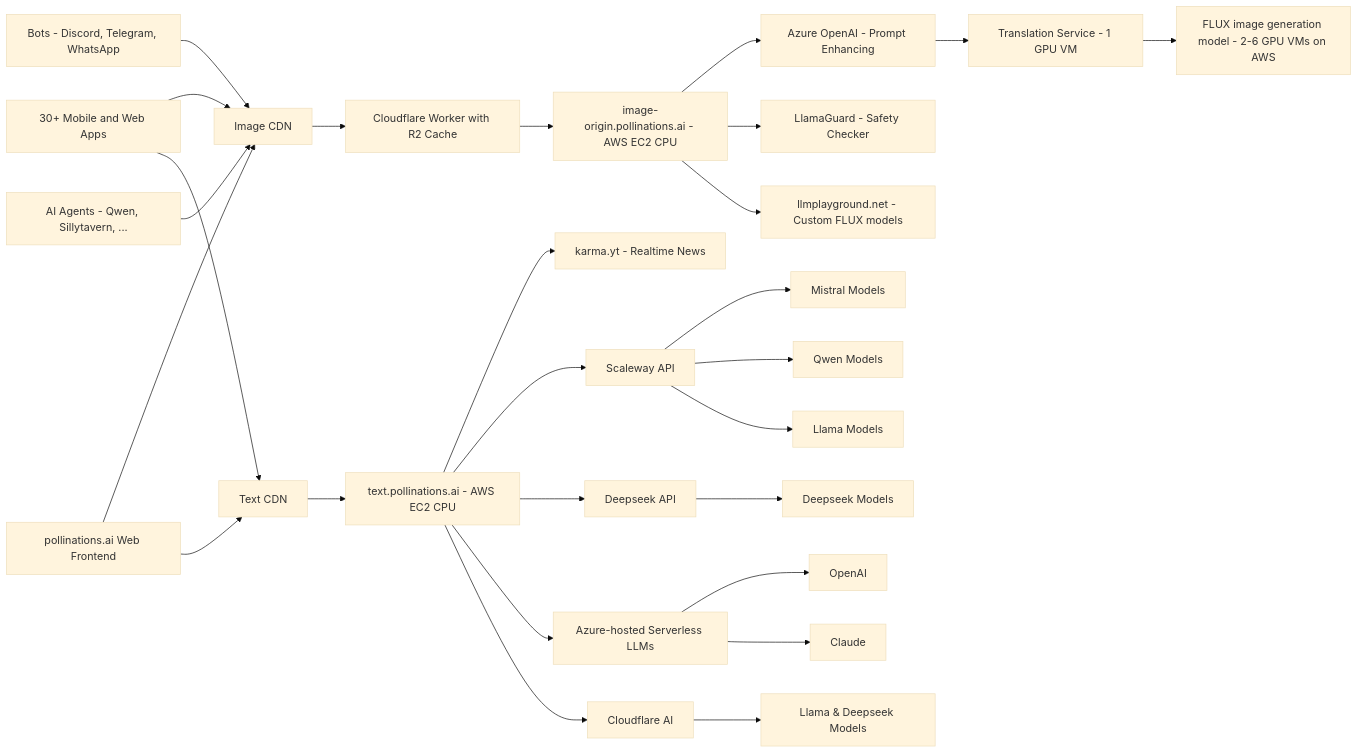
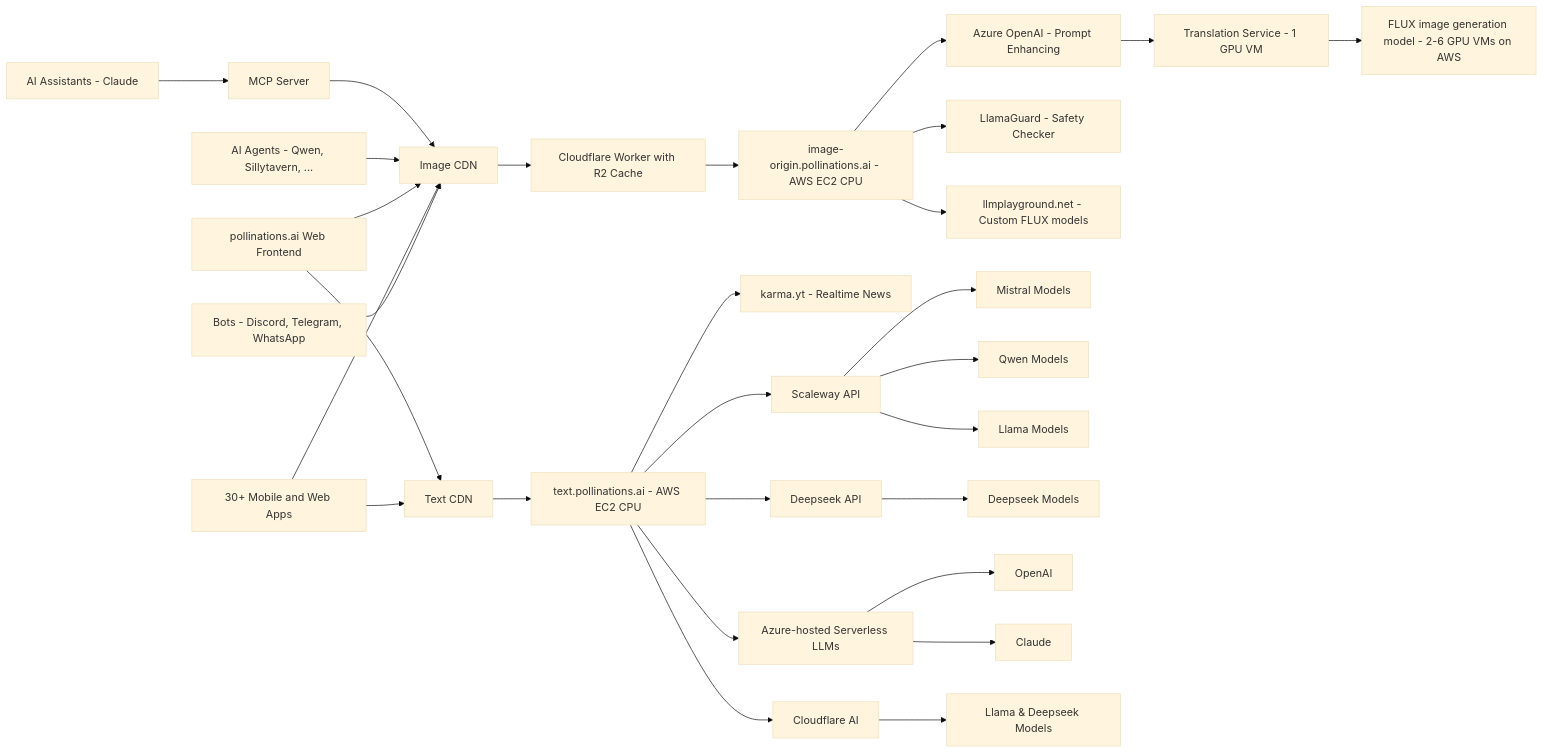
Before and after one commit to pollinations/pollinations: the diagram in README.md, drawn with Mermaid (base theme). The commit also changed other lines of this file and 5 other files, not shown here.

Commit message:
Add MCP server documentation and NPX support

````diff
--- a/README.md
+++ b/README.md
@@ -141,36 +151,39 @@
 ```mermaid
 graph LR
     Q[Bots - Discord, Telegram, WhatsApp] --> L1
     
     N[30+ Mobile and Web Apps] --> L1
     N --> L2
     
     A[pollinations.ai Web Frontend] --> L1
     A --> L2
     
     R[AI Agents - Qwen, Sillytavern, ...] --> L1
+    
+    AI[AI Assistants - Claude] --> MCP[MCP Server]
+    MCP --> L1
     
     L1[Image CDN] --> CF[Cloudflare Worker with R2 Cache]
     L2[Text CDN] --> C
     
     CF --> B
     
     B[image-origin.pollinations.ai - AWS EC2 CPU] --> F[Azure OpenAI - Prompt Enhancing]
     B --> S[LlamaGuard - Safety Checker]
     B --> M[llmplayground.net - Custom FLUX models]
     F --> E[Translation Service - 1 GPU VM]
     E --> D[FLUX image generation model - 2-6 GPU VMs on AWS]
     
     C[text.pollinations.ai - AWS EC2 CPU] --> P[karma.yt - Realtime News]
     C --> SC[Scaleway API]
     C --> DS[Deepseek API]
     C --> G[Azure-hosted Serverless LLMs]
     C --> CFM[Cloudflare AI]
     SC --> MI[Mistral Models]
     SC --> QW[Qwen Models]
     SC --> LL[Llama Models]
     DS --> DM[Deepseek Models]
     G --> H[OpenAI]
     G --> K[Claude]
     CFM --> CFL[Llama & Deepseek Models]
 ```
````
